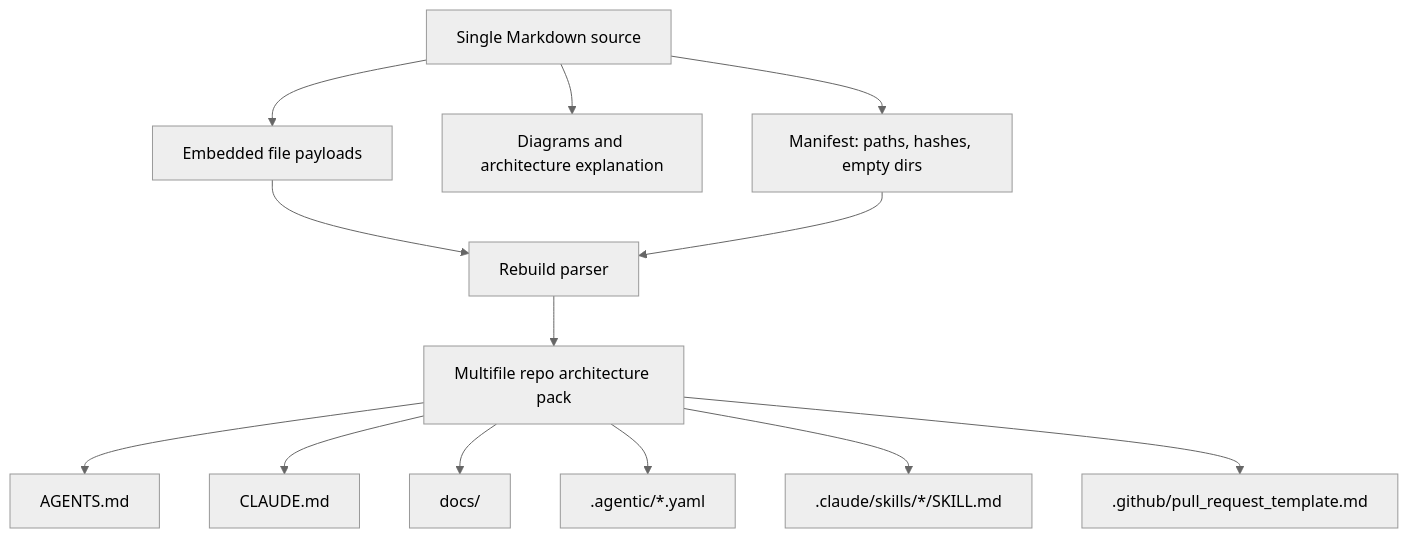
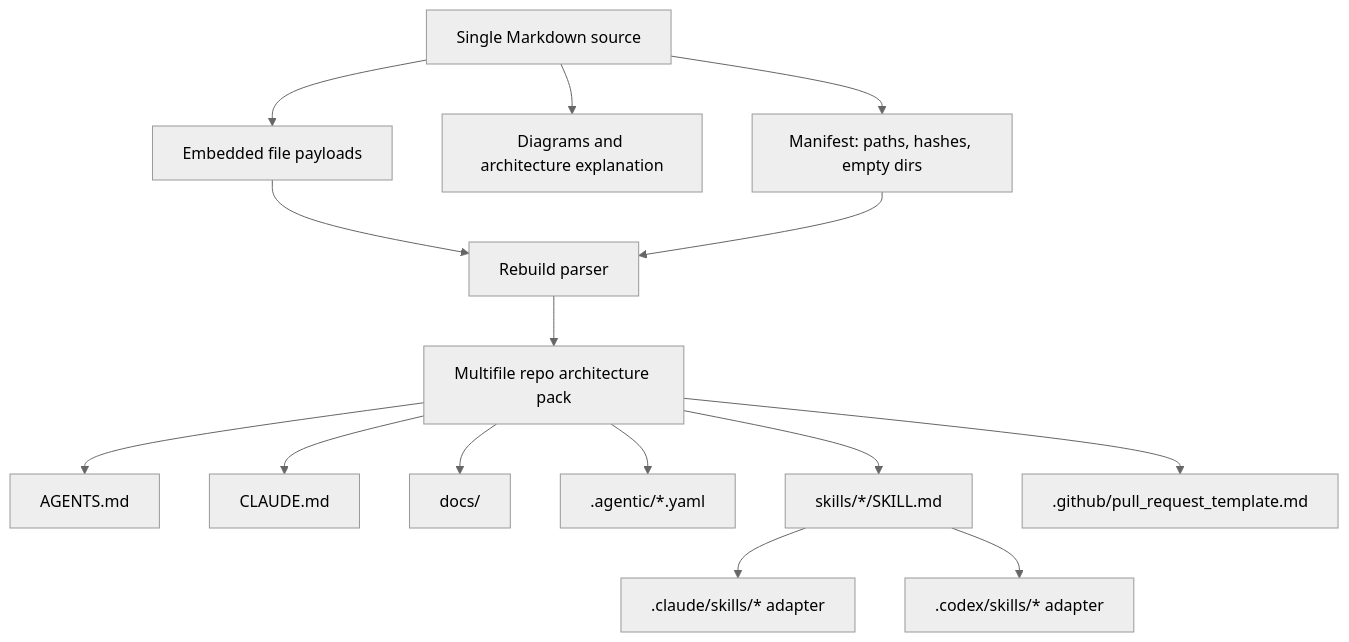
The fifth of 5 diagrams in agentic_architecture_singlefile.md (rdleclerc/agentic-architecture-guide), drawn with Mermaid (neutral theme) before and after one commit. The commit also changed other lines of this file and 40 other files, not shown here.

````diff
--- a/agentic_architecture_singlefile.md
+++ b/agentic_architecture_singlefile.md
@@ -343,15 +370,17 @@
 ```mermaid
 graph TD
     SF[Single Markdown source] --> M[Manifest: paths, hashes, empty dirs]
     SF --> D[Diagrams and architecture explanation]
     SF --> P[Embedded file payloads]
     P --> Parser[Rebuild parser]
     M --> Parser
     Parser --> Repo[Multifile repo architecture pack]
     Repo --> AG[AGENTS.md]
     Repo --> CL[CLAUDE.md]
     Repo --> Docs[docs/]
     Repo --> Config[.agentic/*.yaml]
-    Repo --> Skills[.claude/skills/*/SKILL.md]
+    Repo --> Skills[skills/*/SKILL.md]
+    Skills --> ClaudeAdapter[.claude/skills/* adapter]
+    Skills --> CodexAdapter[.codex/skills/* adapter]
     Repo --> PR[.github/pull_request_template.md]
 ```
````
